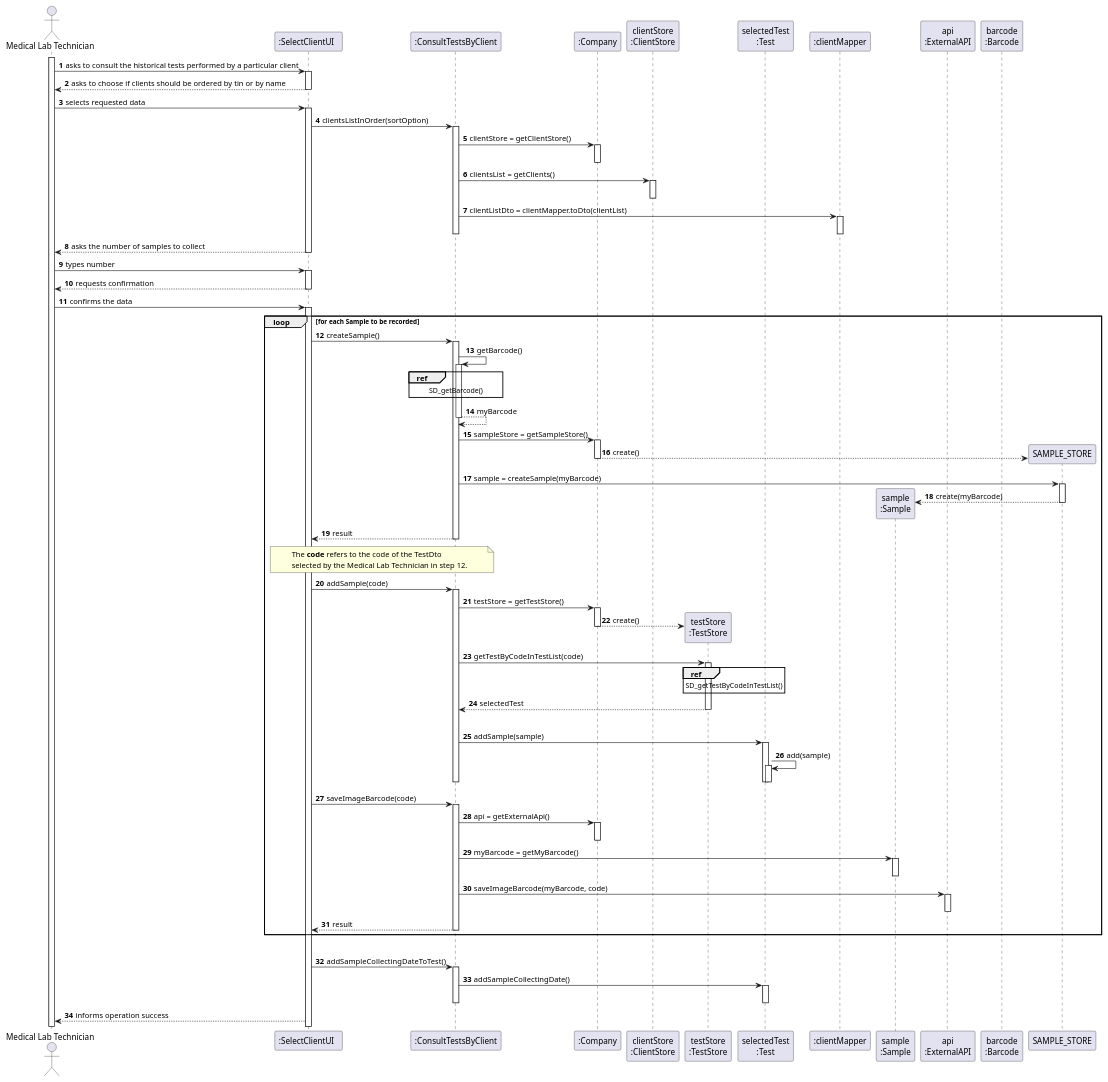
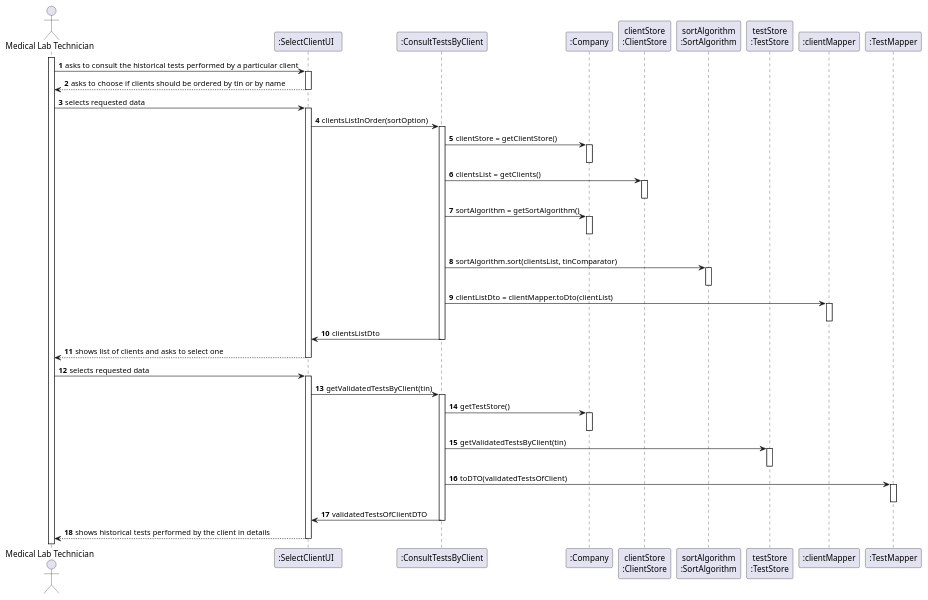
One commit to ana-albergaria/LAPR2-ISEP changed the diagram in docs/SprintD/US_13/US13_SD.puml. Above: the diagram before and after it, drawn with PlantUML. The commit also changed 11 other files, not shown here.

Commit message:
adding date of validation to the test object

```diff
--- a/docs/SprintD/US_13/US13_SD.puml
+++ b/docs/SprintD/US_13/US13_SD.puml
@@ -8,12 +8,11 @@
 participant ":ConsultTestsByClient" as CTRL
 participant ":Company" as COMPANY
 participant "clientStore\n:ClientStore" as CLIENT_STORE
+participant "sortAlgorithm\n:SortAlgorithm" as SORTA
 participant "testStore\n:TestStore" as TEST_STORE
-participant "selectedTest\n:Test" as SELECTED_TEST
 participant ":clientMapper" as CLIENT_MAPPER
-participant "sample\n:Sample" as SAMPLE
-participant "api\n:ExternalAPI" as API
-participant "barcode\n:Barcode" as BARCODE
+participant ":TestMapper" as TEST_MAPPER
+
 
 activate MLT
 MLT -> UI : asks to consult the historical tests performed by a particular client
@@ -36,181 +35,53 @@
 activate CLIENT_STORE
 deactivate CLIENT_STORE
 
+CTRL -> COMPANY : sortAlgorithm = getSortAlgorithm()
+activate COMPANY
+deactivate COMPANY
+
+alt sortOption is tin
+CTRL -> SORTA : sortAlgorithm.sort(clientsList, tinComparator)
+activate SORTA
+deactivate SORTA
+
+
 CTRL -> CLIENT_MAPPER : clientListDto = clientMapper.toDto(clientList)
 activate CLIENT_MAPPER
 deactivate CLIENT_MAPPER
 
-
+CTRL -> UI : clientsListDto
 
 deactivate CTRL
 
 
-UI --> MLT : asks the number of samples to collect
+UI --> MLT : shows list of clients and asks to select one
 deactivate UI
 
-MLT -> UI : types number
+MLT -> UI : selects requested data
 activate UI
 
-UI --> MLT : requests confirmation
-deactivate UI
 
-MLT -> UI : confirms the data
-activate UI
-
-loop for each Sample to be recorded
-UI -> CTRL : createSample()
+UI -> CTRL : getValidatedTestsByClient(tin)
 activate CTRL
 
-CTRL -> CTRL : getBarcode()
-activate CTRL
-ref over CTRL
-SD_getBarcode()
-end
-CTRL --> CTRL : myBarcode
-deactivate CTRL
-
-CTRL -> COMPANY : sampleStore = getSampleStore()
+CTRL -> COMPANY : getTestStore()
 activate COMPANY
-COMPANY --> SAMPLE_STORE** : create()
 deactivate COMPANY
 
+CTRL -> TEST_STORE : getValidatedTestsByClient(tin)
+activate TEST_STORE
+deactivate TEST_STORE
 
-CTRL -> SAMPLE_STORE : sample = createSample(myBarcode)
-activate SAMPLE_STORE
+CTRL -> TEST_MAPPER : toDTO(validatedTestsOfClient)
+activate TEST_MAPPER
+deactivate TEST_MAPPER
 
-SAMPLE_STORE --> SAMPLE** : create(myBarcode)
-
-
-deactivate SAMPLE_STORE
-
-/'
-SAMPLE -> SAMPLE : api = getExternalAPI()
-activate SAMPLE
-deactivate SAMPLE
-'/
-
-
-/'
-SAMPLE -> API : barcode = getBarcode(barcodeNumber)
-activate API
-'/
-/'
-API --> BARCODE** : create(barcodeNumber)
-
-API --> SAMPLE : barcode'/
-/'deactivate SAMPLE'/
-deactivate COMPANY
-deactivate API
-
-CTRL --> UI : result
+CTRL -> UI : validatedTestsOfClientDTO
 deactivate CTRL
 
 
-
-/'UI --> MLT : shows data and requests confirmation
-
-MLT -> UI : confirms the data'/
-
-/' SAVESAMPLE()
-UI -> CTRL : saveSample()
-activate CTRL
-
-CTRL -> COMPANY : sampleStore = getSampleStore()
-activate COMPANY
-deactivate COMPANY
-
-CTRL -> SAMPLE_STORE : saveSample(sample)
-activate SAMPLE_STORE
-
-
-SAMPLE_STORE -> SAMPLE_STORE : validateSample(sample)
-activate SAMPLE_STORE
-deactivate SAMPLE_STORE
-
-SAMPLE_STORE -> SAMPLE_STORE : addSample(sample)
-activate SAMPLE_STORE
-deactivate SAMPLE_STORE
-
-CTRL --> UI : result
-
-deactivate SAMPLE_STORE
-'/
-
-
-note over UI, CTRL
-The **code** refers to the code of the TestDto
-selected by the Medical Lab Technician in step 12.
-end note
-UI -> CTRL : addSample(code)
-activate CTRL
-
-
-
-
-CTRL -> COMPANY : testStore = getTestStore()
-activate COMPANY
-
-COMPANY --> TEST_STORE** : create()
-
-deactivate COMPANY
-
-CTRL -> TEST_STORE : getTestByCodeInTestList(code)
-activate TEST_STORE
-ref over TEST_STORE
-SD_getTestByCodeInTestList()
-end
-TEST_STORE --> CTRL : selectedTest
-deactivate TEST_STORE
-|||
-CTRL -> SELECTED_TEST : addSample(sample)
-activate SELECTED_TEST
-
-SELECTED_TEST -> SELECTED_TEST : add(sample)
-activate SELECTED_TEST
-deactivate SELECTED_TEST
-
-deactivate SELECTED_TEST
-
-
-
-/'dentro do método addSample, vai-se verificar se a sample já está lá?'/
-
-deactivate CTRL
-
-
-UI -> CTRL : saveImageBarcode(code)
-activate CTRL
-
-CTRL -> COMPANY : api = getExternalApi()
-activate COMPANY
-deactivate COMPANY
-
-CTRL -> SAMPLE : myBarcode = getMyBarcode()
-activate SAMPLE
-deactivate SAMPLE
-
-CTRL -> API : saveImageBarcode(myBarcode, code)
-activate API
-deactivate API
-
-CTRL --> UI : result
-
-deactivate CTRL
-
-end
-deactivate CTRL
-|||
-UI -> CTRL : addSampleCollectingDateToTest()
-activate CTRL
-
-CTRL -> SELECTED_TEST : addSampleCollectingDate()
-activate SELECTED_TEST
-deactivate SELECTED_TEST
-deactivate CTRL
-
-
-
-UI --> MLT : informs operation success
+UI --> MLT : shows historical tests performed by the client in details
+deactivate UI
 
 
 /'colocar requests confirmation
```
